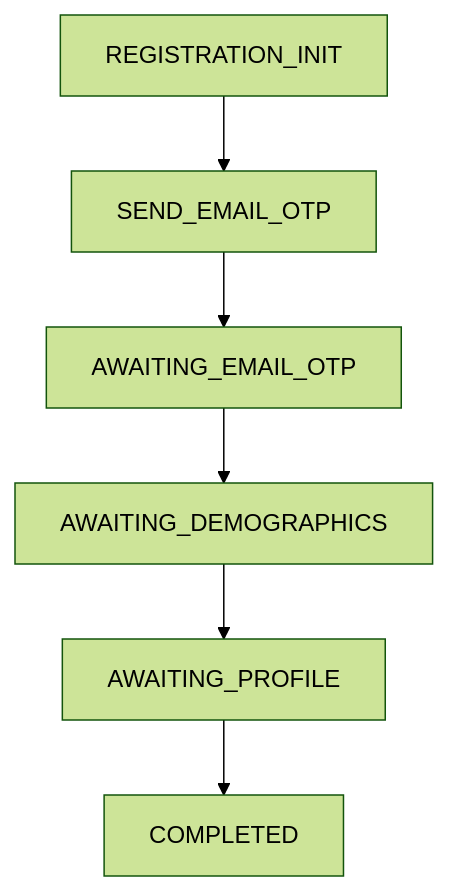
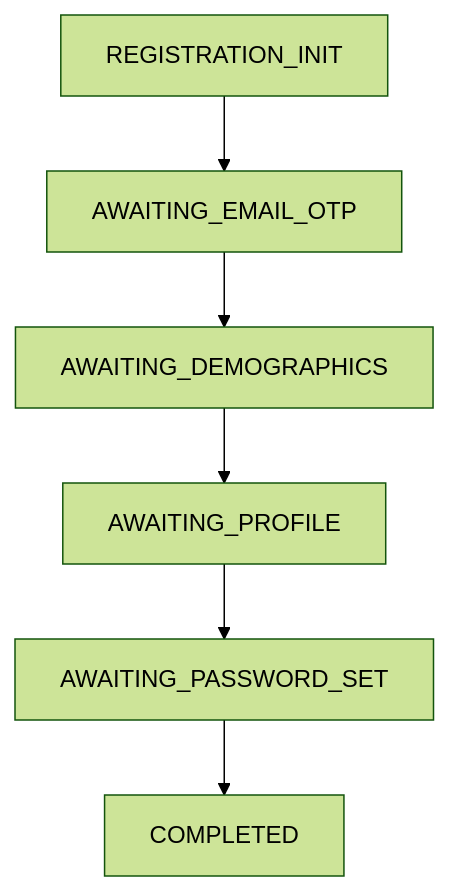
One commit to shadow-library/platform changed the first of 3 diagrams in apps/identity-server/docs/auth/overview.md. Above: the diagram before and after it, drawn with Mermaid (forest theme). The commit also changed other lines of this file and 6 other files, not shown here.

First line of the commit message:
docs: specify target architecture, data model, SDK, backlog

````diff
--- a/apps/identity-server/docs/auth/overview.md
+++ b/apps/identity-server/docs/auth/overview.md
@@ -118,5 +51,4 @@
 ```mermaid
 flowchart TB
-  REGISTRATION_INIT --> SEND_EMAIL_OTP --> AWAITING_EMAIL_OTP
-  AWAITING_EMAIL_OTP --> AWAITING_DEMOGRAPHICS --> AWAITING_PROFILE --> COMPLETED
+  REGISTRATION_INIT --> AWAITING_EMAIL_OTP --> AWAITING_DEMOGRAPHICS --> AWAITING_PROFILE --> AWAITING_PASSWORD_SET --> COMPLETED
 ```
````
